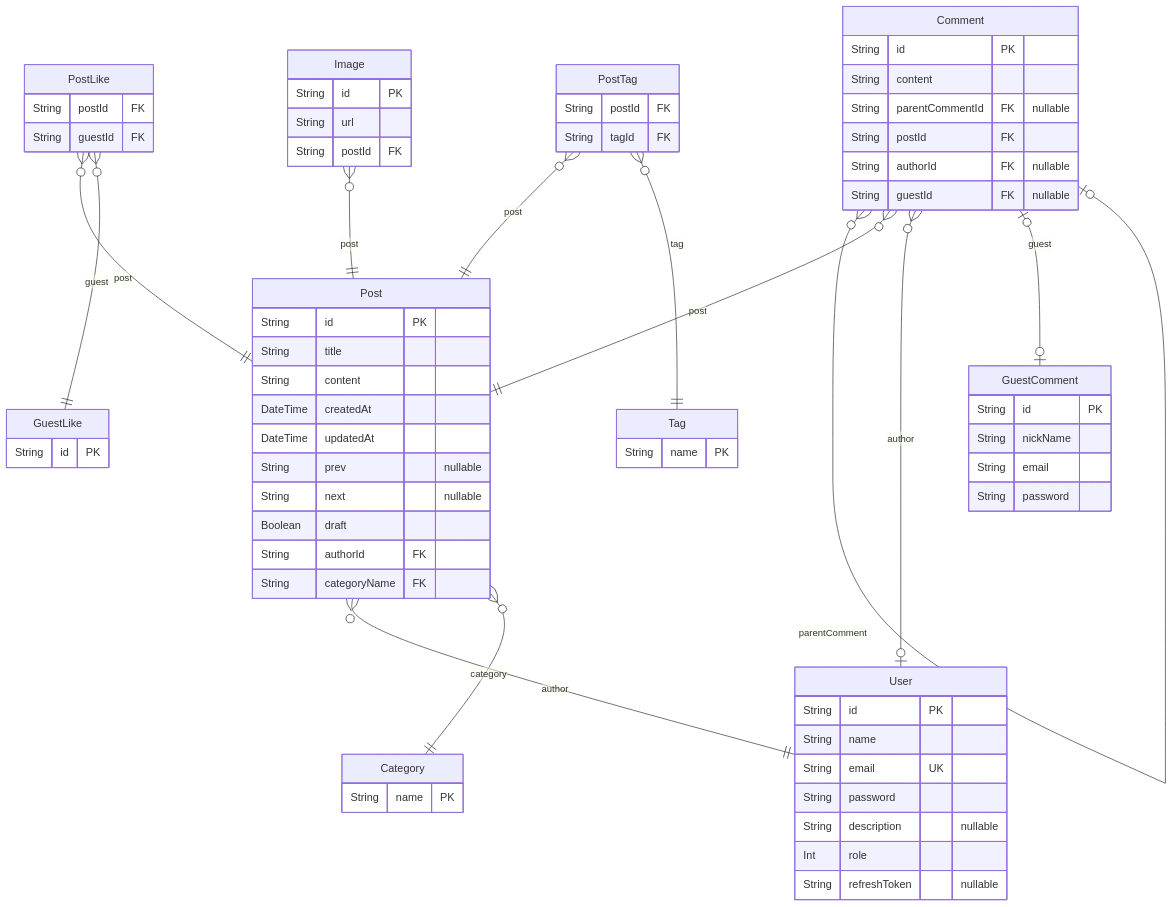
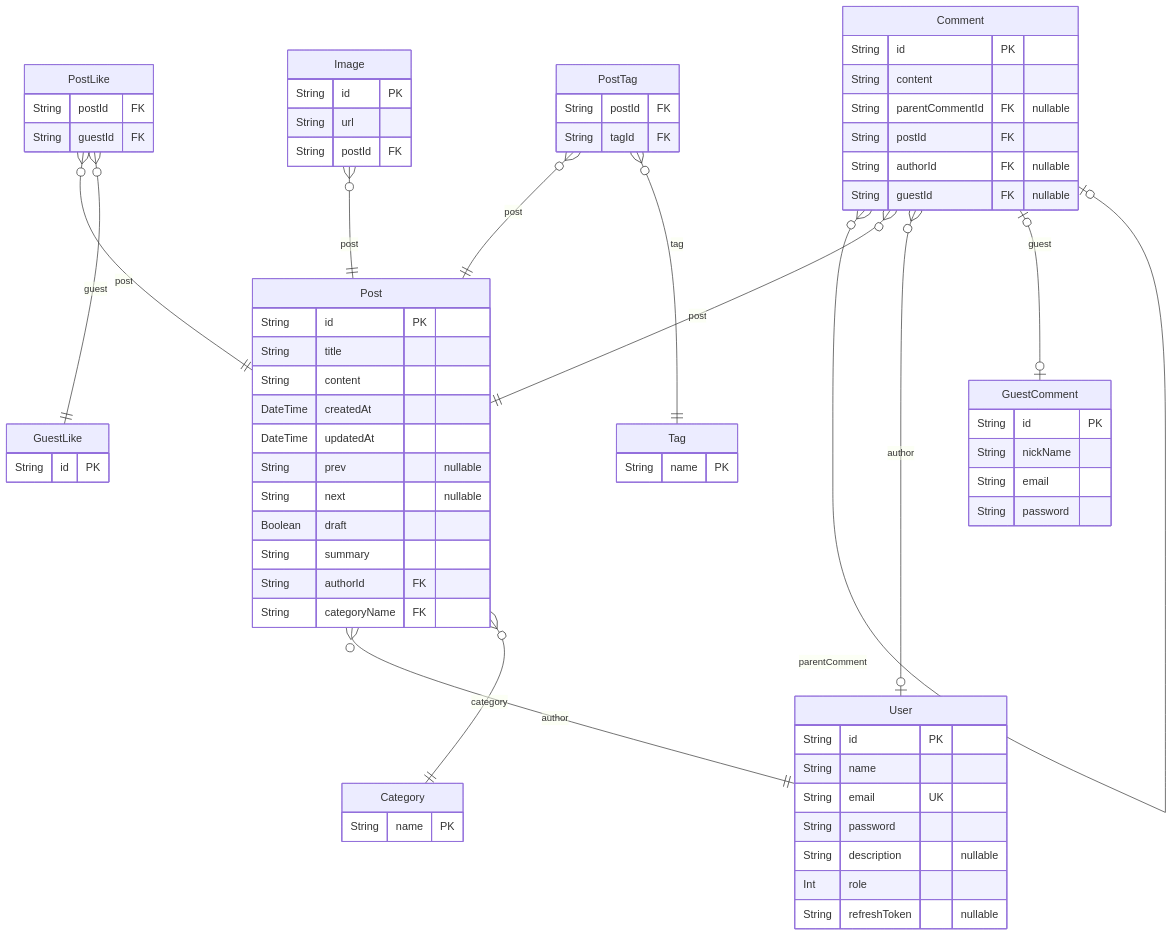
One commit to JongDeug/blog-backend changed the diagram in prisma/ERD.md. Above: the diagram before and after it, drawn with Mermaid. The commit also changed other lines of this file and 9 other files, not shown here.

````diff
--- a/prisma/ERD.md
+++ b/prisma/ERD.md
@@ -7,71 +7,72 @@
 ```mermaid
 erDiagram
 "User" {
   String id PK
   String name
   String email UK
   String password
   String description "nullable"
   Int role
   String refreshToken "nullable"
 }
 "GuestLike" {
   String id PK
 }
 "GuestComment" {
   String id PK
   String nickName
   String email
   String password
 }
 "PostLike" {
   String postId FK
   String guestId FK
 }
 "Post" {
   String id PK
   String title
   String content
   DateTime createdAt
   DateTime updatedAt
   String prev "nullable"
   String next "nullable"
   Boolean draft
+  String summary
   String authorId FK
   String categoryName FK
 }
 "Tag" {
   String name PK
 }
 "PostTag" {
   String postId FK
   String tagId FK
 }
 "Image" {
   String id PK
   String url
   String postId FK
 }
 "Category" {
   String name PK
 }
 "Comment" {
   String id PK
   String content
   String parentCommentId FK "nullable"
   String postId FK
   String authorId FK "nullable"
   String guestId FK "nullable"
 }
 "PostLike" }o--|| "Post" : post
 "PostLike" }o--|| "GuestLike" : guest
 "Post" }o--|| "User" : author
 "Post" }o--|| "Category" : category
 "PostTag" }o--|| "Post" : post
 "PostTag" }o--|| "Tag" : tag
 "Image" }o--|| "Post" : post
 "Comment" }o--o| "Comment" : parentComment
 "Comment" }o--|| "Post" : post
 "Comment" }o--o| "User" : author
 "Comment" |o--o| "GuestComment" : guest
 ```
````
